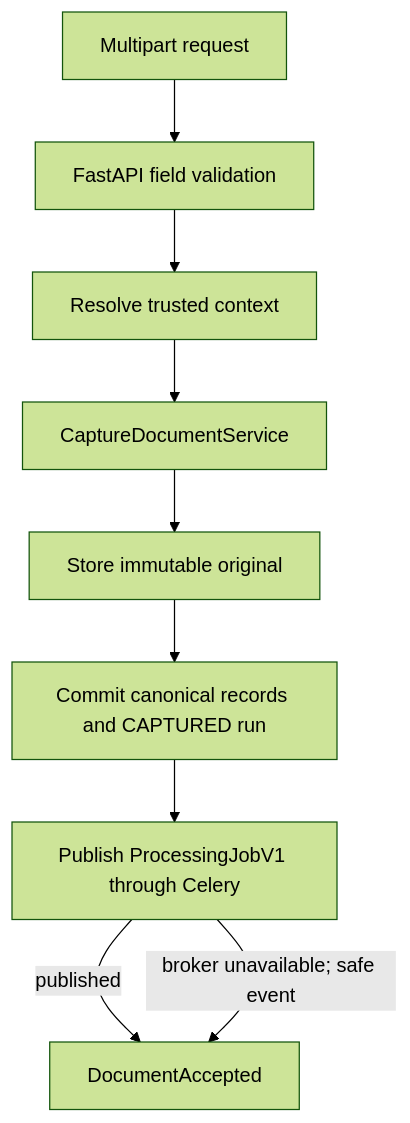
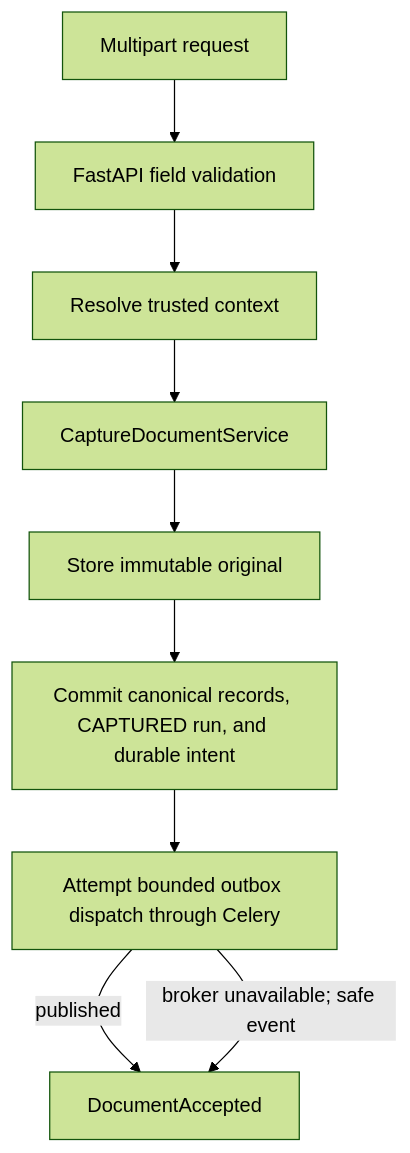
Before and after one commit to rnkraus/investment-research: the first of 7 diagrams in backend/src/investment_research/api/routes/README.md, drawn with Mermaid (forest theme). The commit also changed other lines of this file and 15 other files, not shown here.

````diff
--- a/backend/src/investment_research/api/routes/README.md
+++ b/backend/src/investment_research/api/routes/README.md
@@ -19,11 +28,11 @@
 ```mermaid
 flowchart TD
     REQUEST[Multipart request] --> VALIDATE[FastAPI field validation]
     VALIDATE --> CONTEXT[Resolve trusted context]
     CONTEXT --> CAPTURE[CaptureDocumentService]
     CAPTURE --> STORAGE[Store immutable original]
-    STORAGE --> DATABASE[Commit canonical records and CAPTURED run]
-    DATABASE --> DISPATCH[Publish ProcessingJobV1 through Celery]
+    STORAGE --> DATABASE[Commit canonical records, CAPTURED run, and durable intent]
+    DATABASE --> DISPATCH[Attempt bounded outbox dispatch through Celery]
     DISPATCH -->|published| RESPONSE[DocumentAccepted]
     DISPATCH -->|broker unavailable; safe event| RESPONSE
 ```
````
